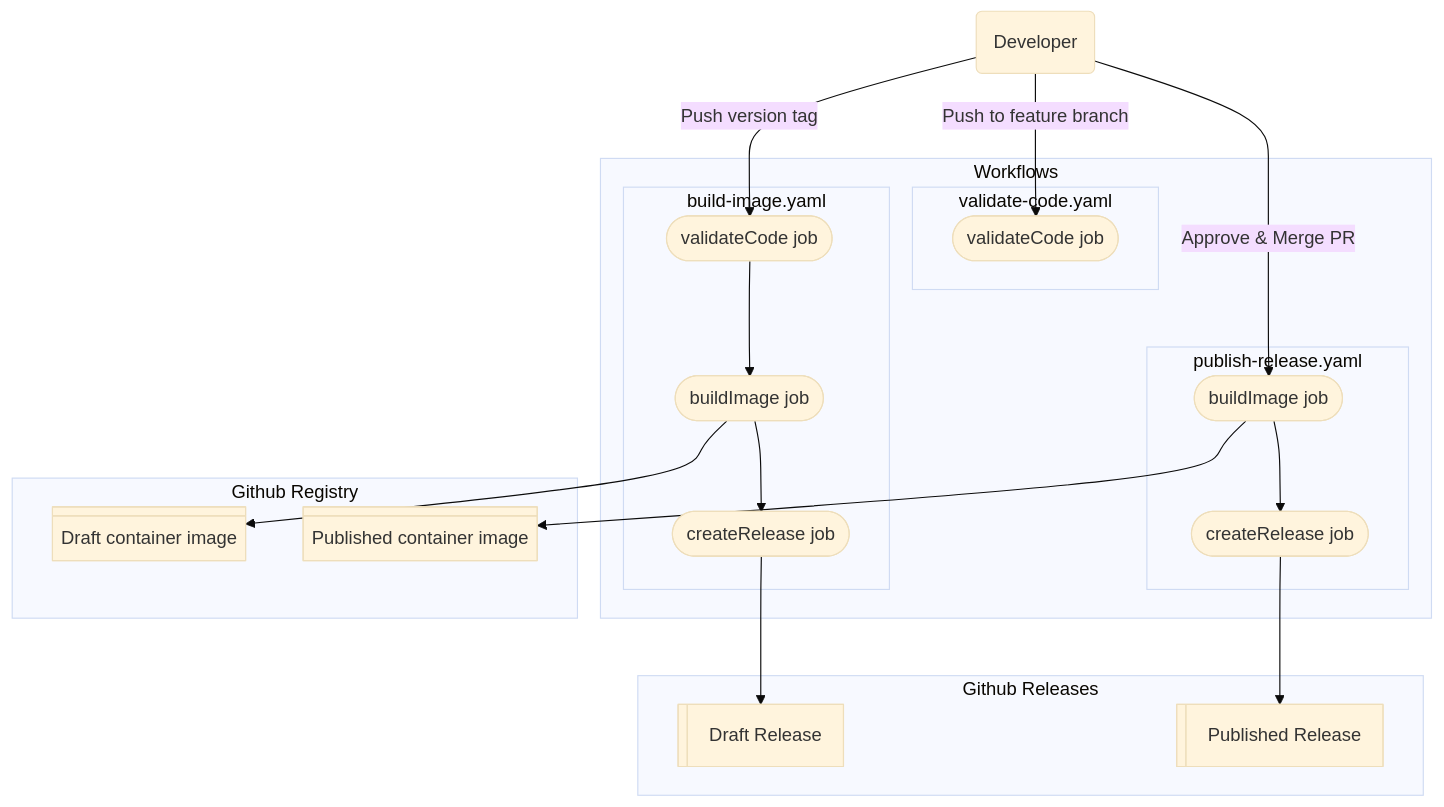
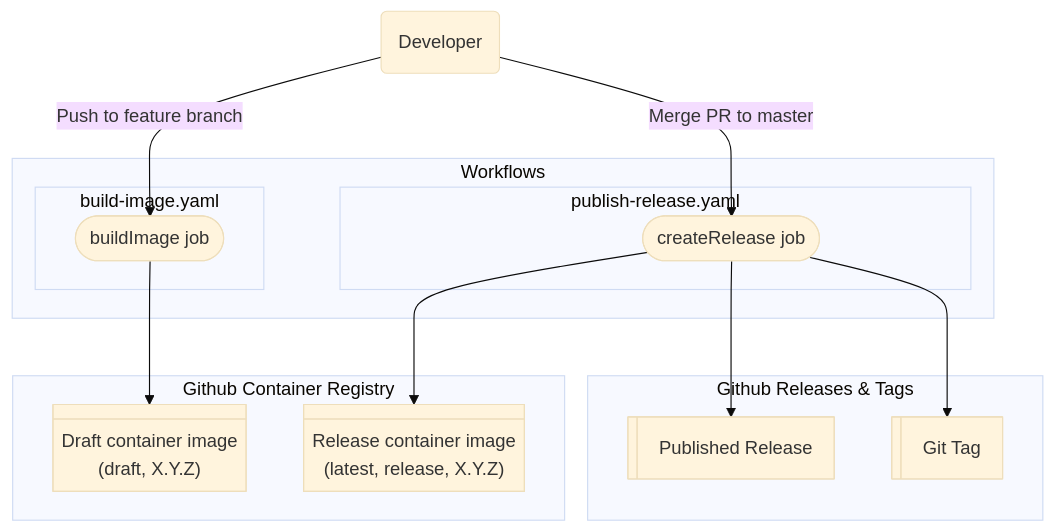
Before and after one commit to sapcc/concourse-netbox-resource: the diagram in .github/workflows/README.md, drawn with Mermaid (base theme). The commit also changed other lines of this file and 5 other files, not shown here.

Commit message:
workflows simplified - tag based on changelog - separate validation workflow removed - only one job per workflow - README updated

````diff
--- a/.github/workflows/README.md
+++ b/.github/workflows/README.md
@@ -129,42 +136,33 @@
 ```mermaid
 flowchart TB
-  subgraph "Workflows"
-        subgraph A[validate-code.yaml]
-          D
+    subgraph "Workflows"
+        subgraph A[build-image.yaml]
+            D
         end
 
-        subgraph B[build-image.yaml]
-          E --> F  --> G
-        end
-
-        subgraph C[publish-release.yaml]
-          H --> I
+        subgraph B[publish-release.yaml]
+            E
         end
     end
 
-    subgraph "Github Registry"
-        F --> CID
-        H --> CIR
+    subgraph "Github Container Registry"
+        D --> CID
+        E --> CIR
     end
 
-    subgraph "Github Releases"
-        G --> DR
-        I --> PR
+    subgraph "Github Releases & Tags"
+        E --> PR
+        E --> GT
     end
 
     U --Push to feature branch--> D
-    U --Push version tag--> E
-    U --Approve & Merge PR--> H
+    U --Merge PR to master--> E
 
-    D([validateCode job])
-    E([validateCode job])
-    F([buildImage job])
-    G([createRelease job])
-    H([buildImage job])
-    I([createRelease job])
+    D([buildImage job])
+    E([createRelease job])
     U(Developer)
-    CID@{ shape: div-rect, label: "Draft container image" }
-    CIR@{ shape: div-rect, label: "Published container image" }
-    DR@{ shape: lin-rect, label: "Draft Release" }
+    CID@{ shape: div-rect, label: "Draft container image\n(draft, X.Y.Z)" }
+    CIR@{ shape: div-rect, label: "Release container image\n(latest, release, X.Y.Z)" }
     PR@{ shape: lin-rect, label: "Published Release" }
+    GT@{ shape: lin-rect, label: "Git Tag" }
 ```
````
